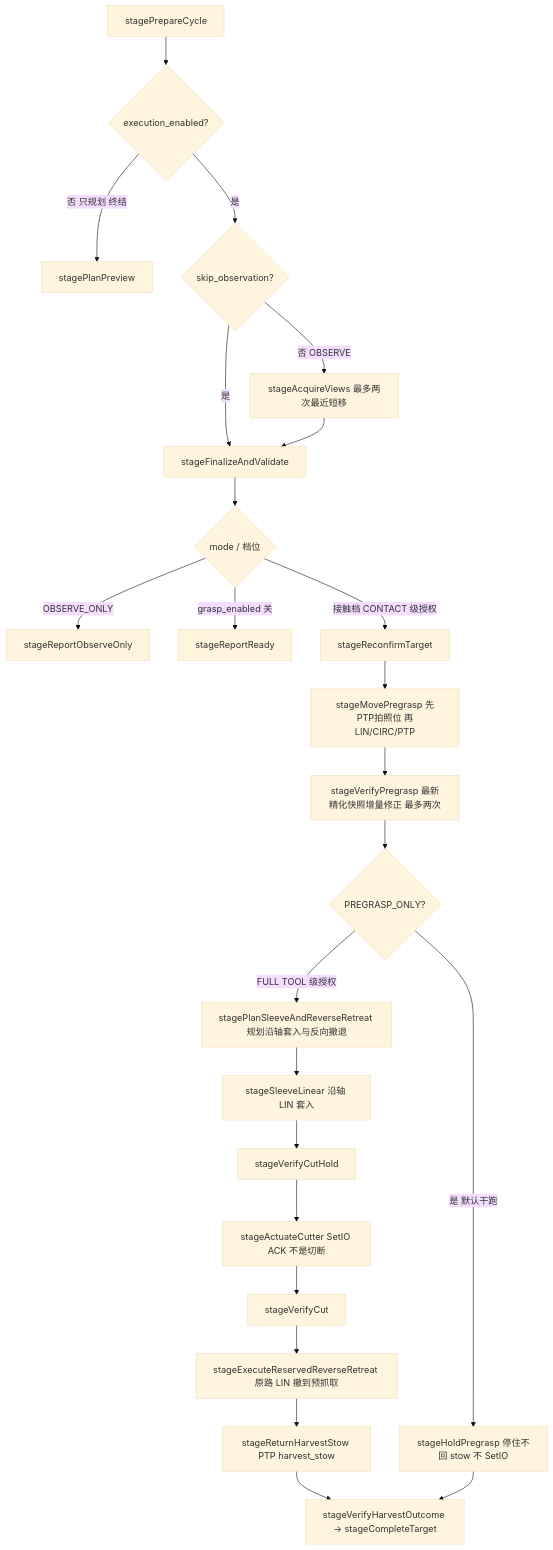
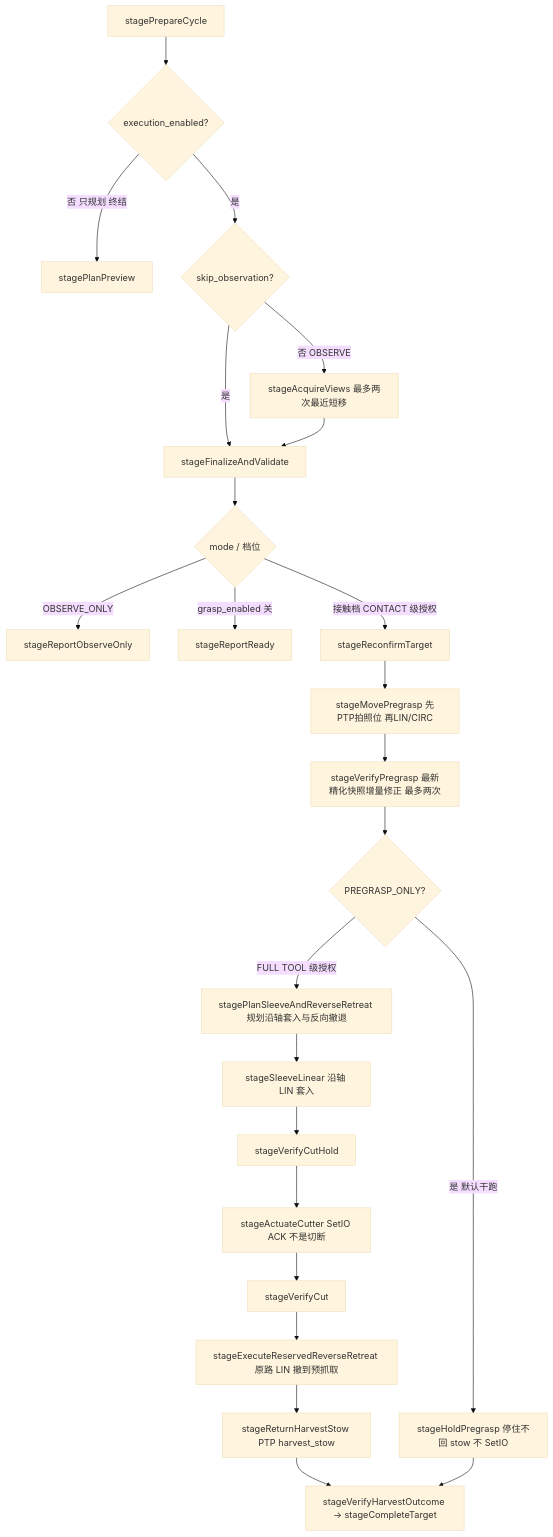
Diagram 13 of 15 in docs/architecture.md (MUHAN11-c/aubo_boot), drawn with Mermaid (base theme) before and after one commit. The commit also changed other lines of this file and 56 other files, not shown here.

````diff
--- a/docs/architecture.md
+++ b/docs/architecture.md
@@ -795,27 +799,27 @@
 ```mermaid
 flowchart TD
   Prep[stagePrepareCycle]
   Prep --> planOnly{execution_enabled?}
   planOnly -->|否 只规划 终结| Preview[stagePlanPreview]
   planOnly -->|是| skipObs{skip_observation?}
   skipObs -->|否 OBSERVE| Views[stageAcquireViews 最多两次最近短移]
   skipObs -->|是| Quality[stageFinalizeAndValidate]
   Views --> Quality
   Quality --> mode{mode / 档位}
   mode -->|OBSERVE_ONLY| RepObs[stageReportObserveOnly]
   mode -->|grasp_enabled 关| RepReady[stageReportReady]
   mode -->|接触档 CONTACT 级授权| Rec[stageReconfirmTarget]
-  Rec --> Move[stageMovePregrasp 先PTP拍照位 再LIN/CIRC/PTP]
+  Rec --> Move[stageMovePregrasp 先PTP拍照位 再LIN/CIRC]
   Move --> Ver[stageVerifyPregrasp 最新精化快照增量修正 最多两次]
   Ver --> pg{PREGRASP_ONLY?}
   pg -->|是 默认干跑| Hold[stageHoldPregrasp 停住不回 stow 不 SetIO]
   pg -->|FULL TOOL 级授权| Sleeve[stagePlanSleeveAndReverseRetreat 规划沿轴套入与反向撤退]
   Sleeve --> Lin[stageSleeveLinear 沿轴 LIN 套入]
   Lin --> VCH[stageVerifyCutHold]
   VCH --> Cut[stageActuateCutter SetIO ACK 不是切断]
   Cut --> VCut[stageVerifyCut]
   VCut --> Ret[stageExecuteReservedReverseRetreat 原路 LIN 撤到预抓取]
   Ret --> Stow[stageReturnHarvestStow PTP harvest_stow]
   Stow --> Done[stageVerifyHarvestOutcome → stageCompleteTarget]
   Hold --> Done
 ```
````
